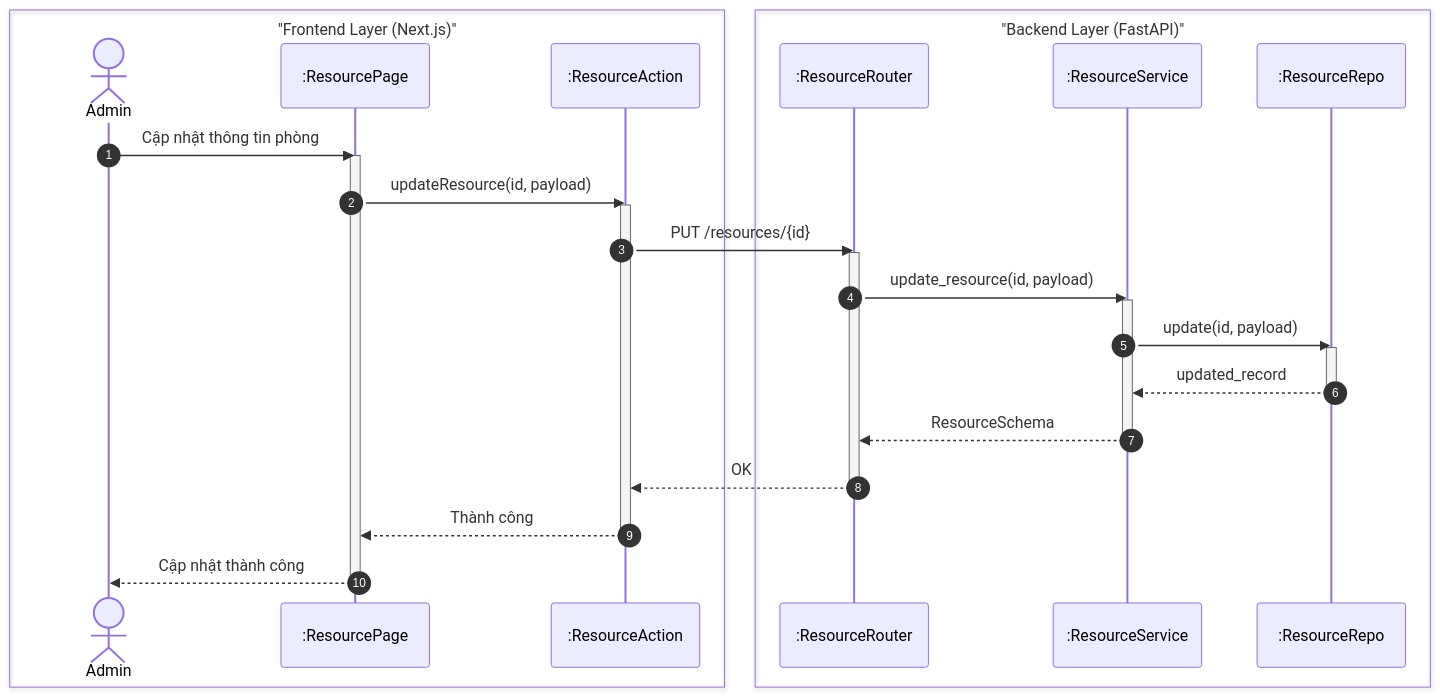
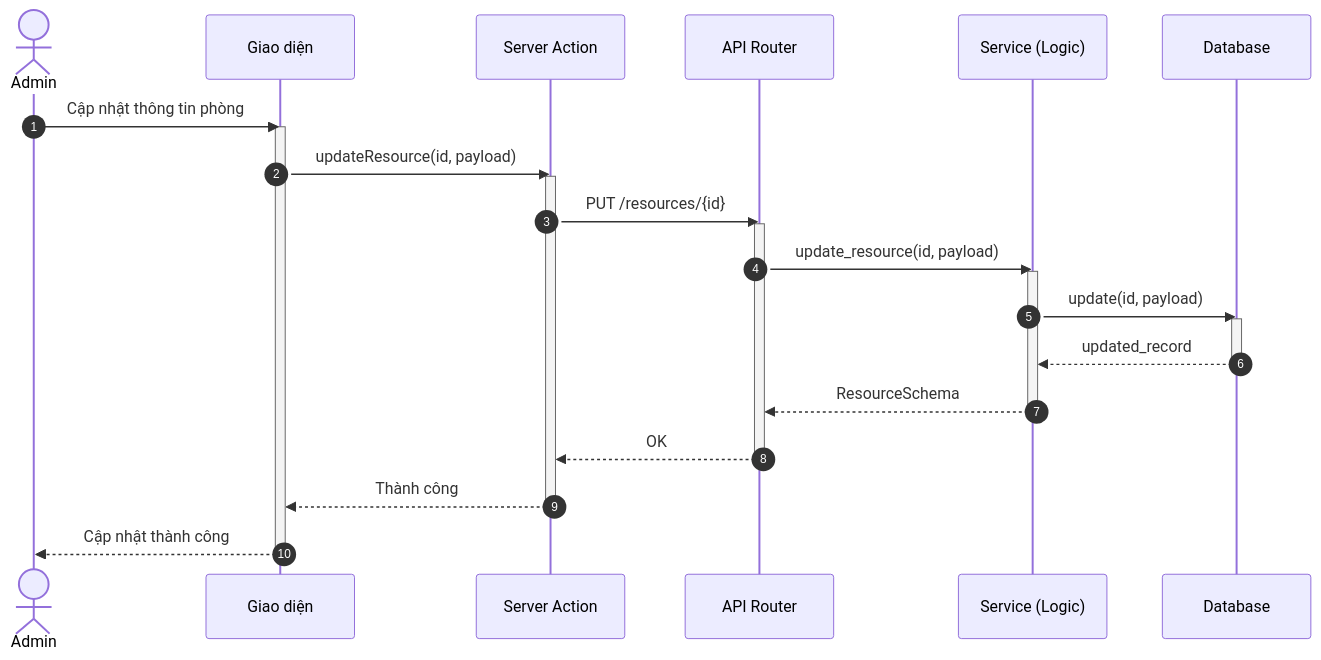
Before and after one commit to ngoctinn/Synapse: the second of 4 diagrams in docs/design/sequences/admin_flows.md, drawn with Mermaid. The commit also changed other lines of this file and 4 other files, not shown here.

Commit message:
docs: Add initial sequence diagrams for admin, authentication, customer, receptionist, and technician flows.

````diff
--- a/docs/design/sequences/admin_flows.md
+++ b/docs/design/sequences/admin_flows.md
@@ -75,43 +70,38 @@
 ```mermaid
 sequenceDiagram
     autonumber
-    box "Frontend Layer (Next.js)"
-        actor AD as Admin
-        participant UI as :ResourcePage
-        participant BFF as :ResourceAction
-    end
-
-    box "Backend Layer (FastAPI)"
-        participant API as :ResourceRouter
-        participant S as :ResourceService
-        participant DB as :ResourceRepo
-    end
+    actor AD as Admin
+    participant UI as Giao diện
+    participant BFF as Server Action
+    participant API as API Router
+    participant S as Service (Logic)
+    participant DB as Database
 
     AD->>UI: Cập nhật thông tin phòng
     activate UI
     UI->>BFF: updateResource(id, payload)
     activate BFF
 
     BFF->>API: PUT /resources/{id}
     activate API
 
     API->>S: update_resource(id, payload)
     activate S
 
     S->>DB: update(id, payload)
     activate DB
     DB-->>S: updated_record
     deactivate DB
 
     S-->>API: ResourceSchema
     deactivate S
 
     API-->>BFF: OK
     deactivate API
 
     BFF-->>UI: Thành công
     deactivate BFF
 
     UI-->>AD: Cập nhật thành công
     deactivate UI
 ```
````
